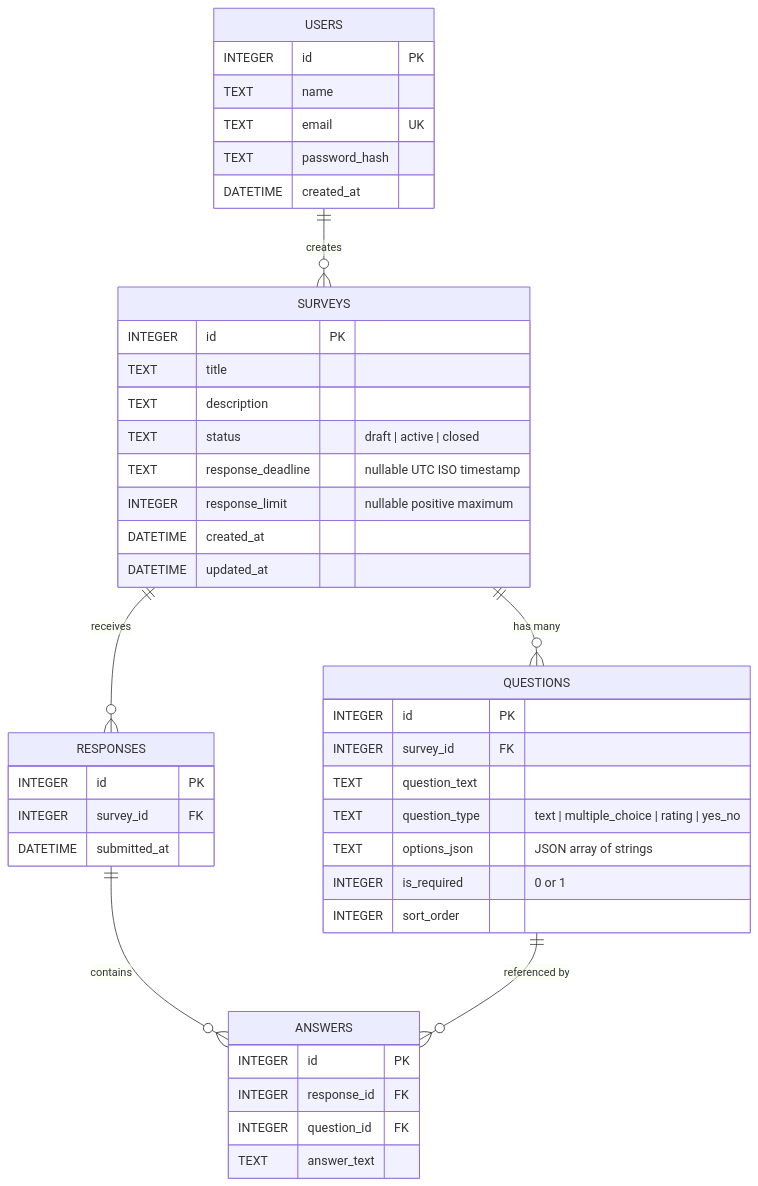
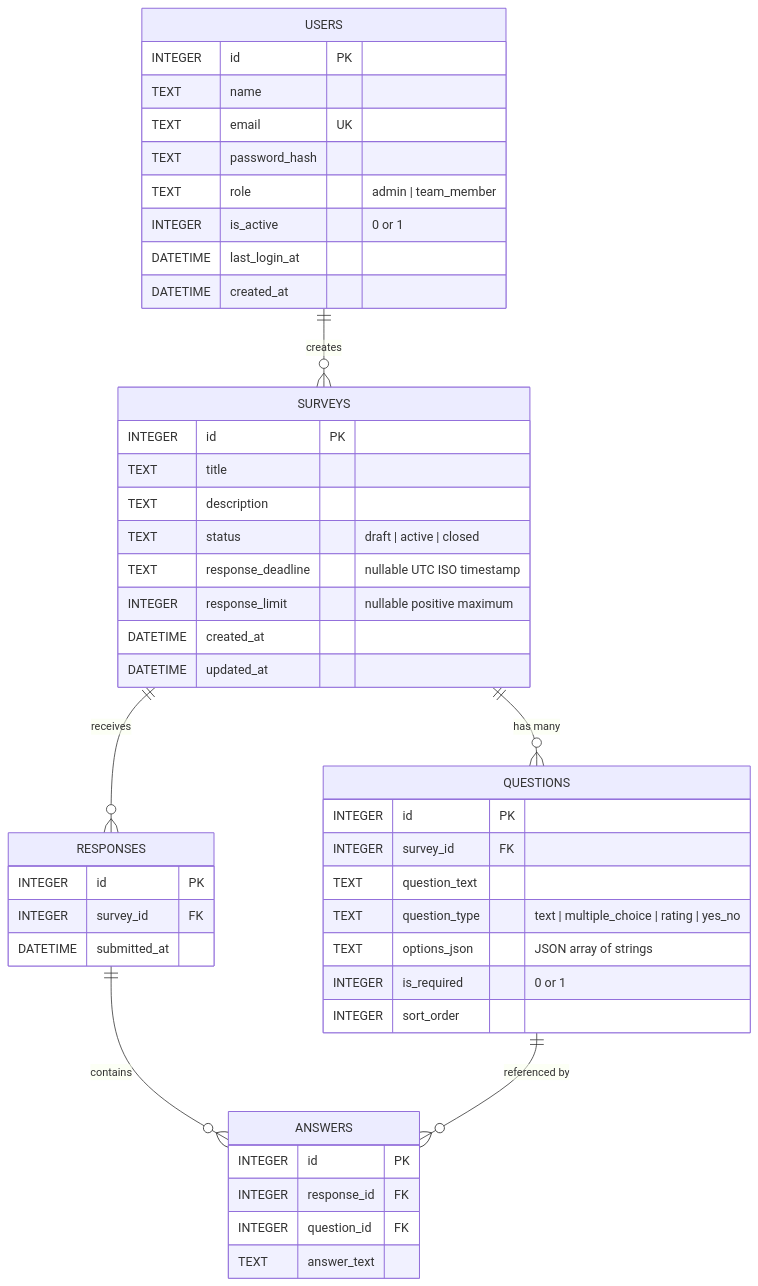
One commit to monourhosan/Research-Survey-Analytics-Dashboard changed the diagram in README.md. Above: the diagram before and after it, drawn with Mermaid. The commit also changed other lines of this file and 4 other files, not shown here.

````diff
--- a/README.md
+++ b/README.md
@@ -215,50 +215,53 @@
 ```mermaid
 erDiagram
     USERS ||--o{ SURVEYS : "creates"
     SURVEYS ||--o{ QUESTIONS : "has many"
     SURVEYS ||--o{ RESPONSES : "receives"
     RESPONSES ||--o{ ANSWERS : "contains"
     QUESTIONS ||--o{ ANSWERS : "referenced by"
 
     USERS {
         INTEGER id PK
         TEXT name
         TEXT email UK
         TEXT password_hash
+        TEXT role "admin | team_member"
+        INTEGER is_active "0 or 1"
+        DATETIME last_login_at
         DATETIME created_at
     }
 
     SURVEYS {
         INTEGER id PK
         TEXT title
         TEXT description
         TEXT status "draft | active | closed"
         TEXT response_deadline "nullable UTC ISO timestamp"
         INTEGER response_limit "nullable positive maximum"
         DATETIME created_at
         DATETIME updated_at
     }
 
     QUESTIONS {
         INTEGER id PK
         INTEGER survey_id FK
         TEXT question_text
         TEXT question_type "text | multiple_choice | rating | yes_no"
         TEXT options_json "JSON array of strings"
         INTEGER is_required "0 or 1"
         INTEGER sort_order
     }
 
     RESPONSES {
         INTEGER id PK
         INTEGER survey_id FK
         DATETIME submitted_at
     }
 
     ANSWERS {
         INTEGER id PK
         INTEGER response_id FK
         INTEGER question_id FK
         TEXT answer_text
     }
 ```
````
